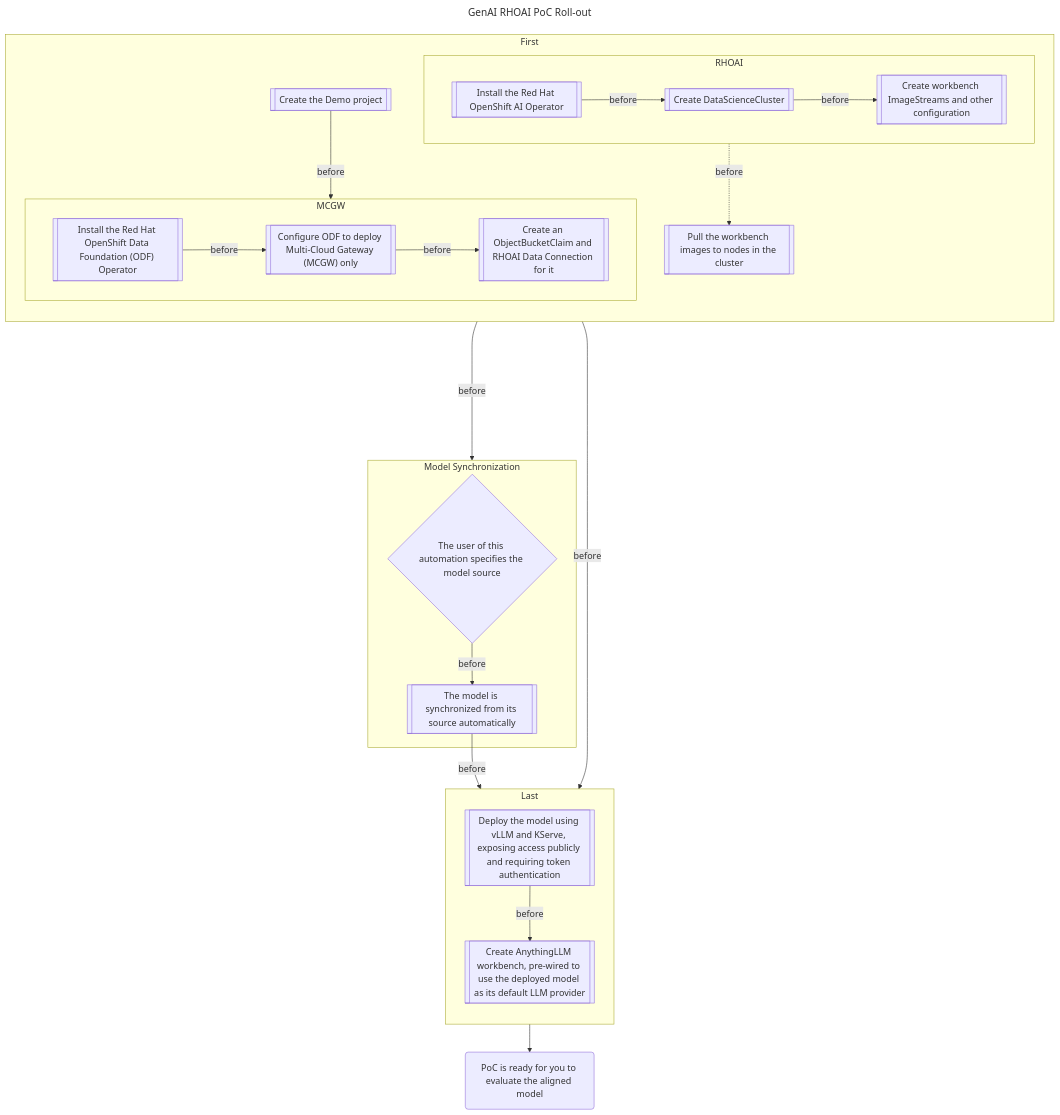
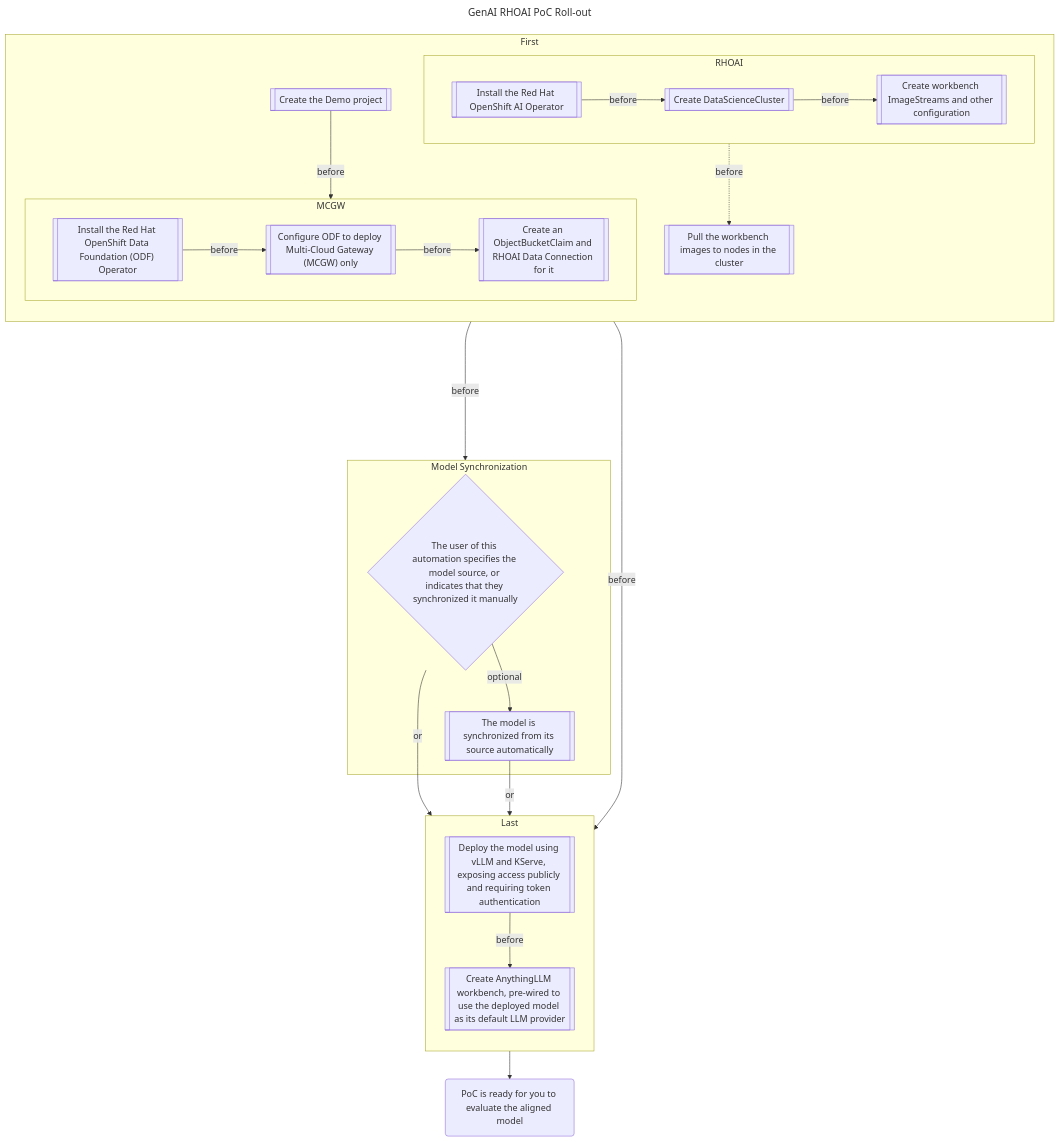
The diagram in docs/README.md (rh-aiservices-bu/genai-rhoai-poc-template), drawn with Mermaid before and after one commit.

Commit message:
docs: clarify manual flow

````diff
--- a/docs/README.md
+++ b/docs/README.md
@@ -30,42 +30,44 @@
 ```mermaid
 ---
 title: GenAI RHOAI PoC Roll-out
 ---
 flowchart TD
     subgraph First
         direction TB
         subgraph RHOAI
             direction LR
             rhoaiInstall[[Install the Red Hat OpenShift AI Operator]]
             rhoaiDeploy[[Create DataScienceCluster]]
             rhoaiConfig[[Create workbench ImageStreams and other configuration]]
             rhoaiInstall -- before --> rhoaiDeploy -- before --> rhoaiConfig
         end
         demoProject[[Create the Demo project]]
         subgraph MCGW
             direction LR
             mcgwInstall[["Install the Red Hat OpenShift Data Foundation (ODF) Operator"]]
             mcgwDeploy[["Configure ODF to deploy Multi-Cloud Gateway (MCGW) only"]]
             mcgwConfig[[Create an ObjectBucketClaim and RHOAI Data Connection for it]]
             mcgwInstall -- before --> mcgwDeploy -- before --> mcgwConfig
         end
         workbenchPrimer[[Pull the workbench images to nodes in the cluster]]
         rhoaiConfig-. before .-> workbenchPrimer
         demoProject -- before --> mcgwConfig
     end
     subgraph userProcess[Model Synchronization]
-        modelSource{The user of this automation specifies the model source}
+        modelSource{The user of this automation specifies the model source, or indicates that they synchronized it manually}
         modelSync[[The model is synchronized from its source automatically]]
-        modelSource -- before --> modelSync
+        modelSource -- optional --> modelSync
     end
-    MCGW -- before -----> userProcess
     subgraph Last
         direction TB
         modelDeploy[[Deploy the model using vLLM and KServe, exposing access publicly and requiring token authentication]]
         deployAnythingLLM[[Create AnythingLLM workbench, pre-wired to use the deployed model as its default LLM provider]]
     end
     pocReady(PoC is ready for you to evaluate the aligned model)
+
+    MCGW -- before -----> userProcess
     RHOAI -- before --> modelDeploy
-    modelSync -- before --> modelDeploy -- before --> deployAnythingLLM
-    deployAnythingLLM --> pocReady
+    modelSource -- or --> modelDeploy
+    modelSync -- or --> modelDeploy
+    modelDeploy -- before --> deployAnythingLLM --> pocReady
 ```
````
